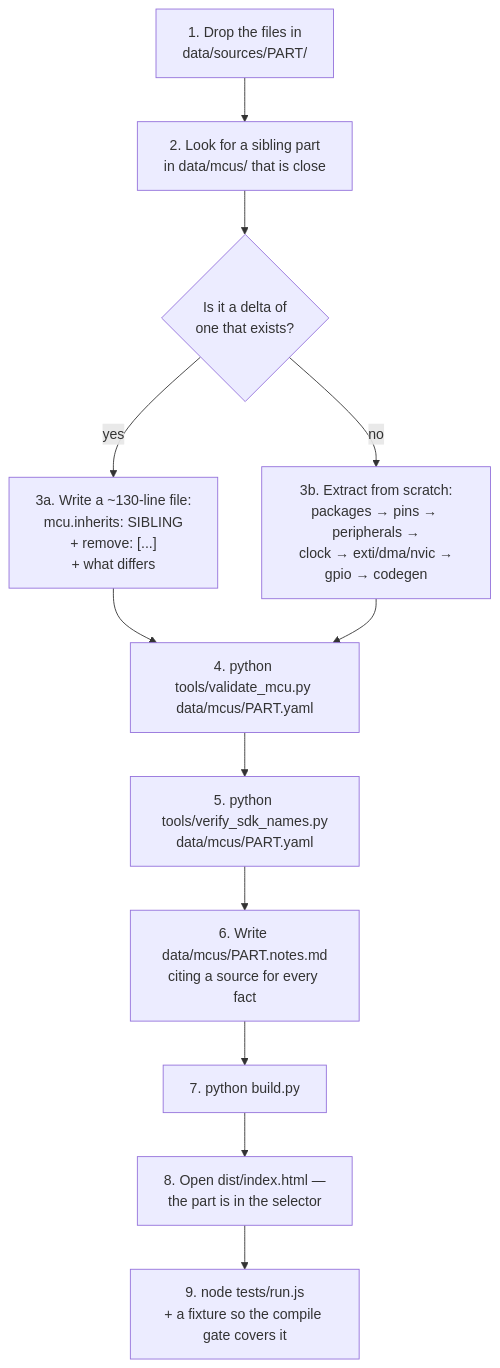
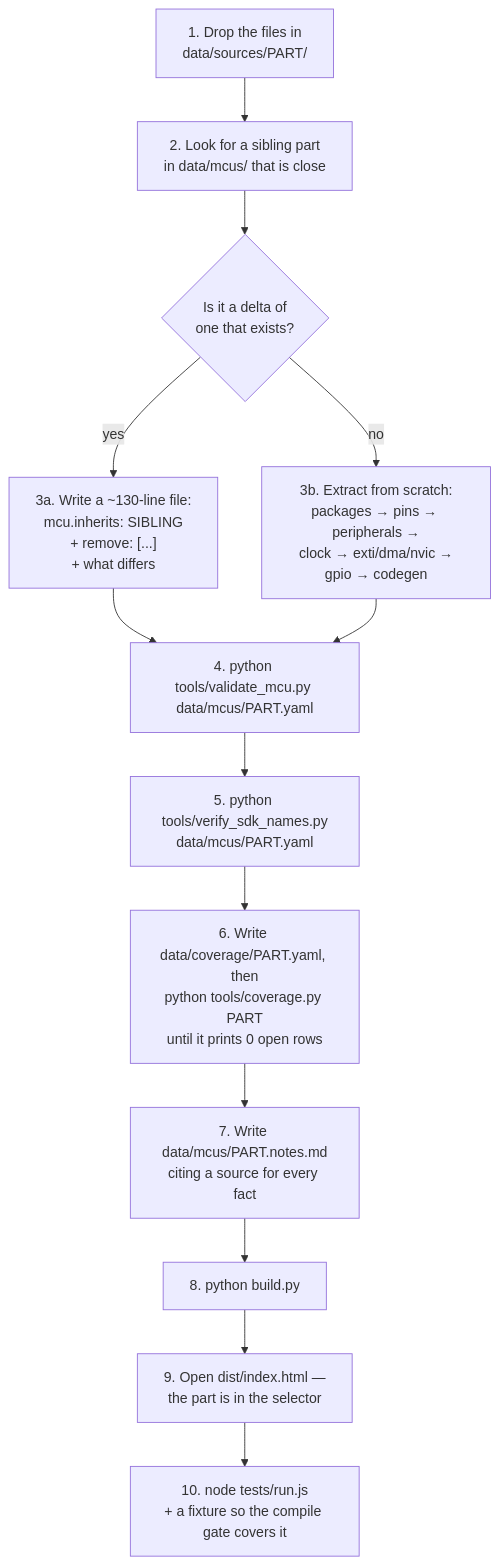
Before and after one commit to arwidcool/WCH_Cube: the first of 3 diagrams in docs/ADDING-A-PART.md, drawn with Mermaid. The commit also changed other lines of this file and 35 other files, not shown here.

````diff
--- a/docs/ADDING-A-PART.md
+++ b/docs/ADDING-A-PART.md
@@ -77,14 +77,15 @@
 ```mermaid
 flowchart TD
     A["1. Drop the files in<br/>data/sources/PART/"] --> B["2. Look for a sibling part<br/>in data/mcus/ that is close"]
     B --> C{"Is it a delta of<br/>one that exists?"}
     C -->|yes| D["3a. Write a ~130-line file:<br/>mcu.inherits: SIBLING<br/>+ remove: [...]<br/>+ what differs"]
     C -->|no| E["3b. Extract from scratch:<br/>packages → pins → peripherals →<br/>clock → exti/dma/nvic →<br/>gpio → codegen"]
     D --> F["4. python tools/validate_mcu.py data/mcus/PART.yaml"]
     E --> F
     F --> G["5. python tools/verify_sdk_names.py<br/>data/mcus/PART.yaml"]
-    G --> H["6. Write data/mcus/PART.notes.md<br/>citing a source for every fact"]
-    H --> I["7. python build.py"]
-    I --> J["8. Open dist/index.html —<br/>the part is in the selector"]
-    J --> K["9. node tests/run.js<br/>+ a fixture so the compile gate covers it"]
+    G --> L["6. Write data/coverage/PART.yaml, then<br/>python tools/coverage.py PART<br/>until it prints 0 open rows"]
+    L --> H["7. Write data/mcus/PART.notes.md<br/>citing a source for every fact"]
+    H --> I["8. python build.py"]
+    I --> J["9. Open dist/index.html —<br/>the part is in the selector"]
+    J --> K["10. node tests/run.js<br/>+ a fixture so the compile gate covers it"]
 ```
````
